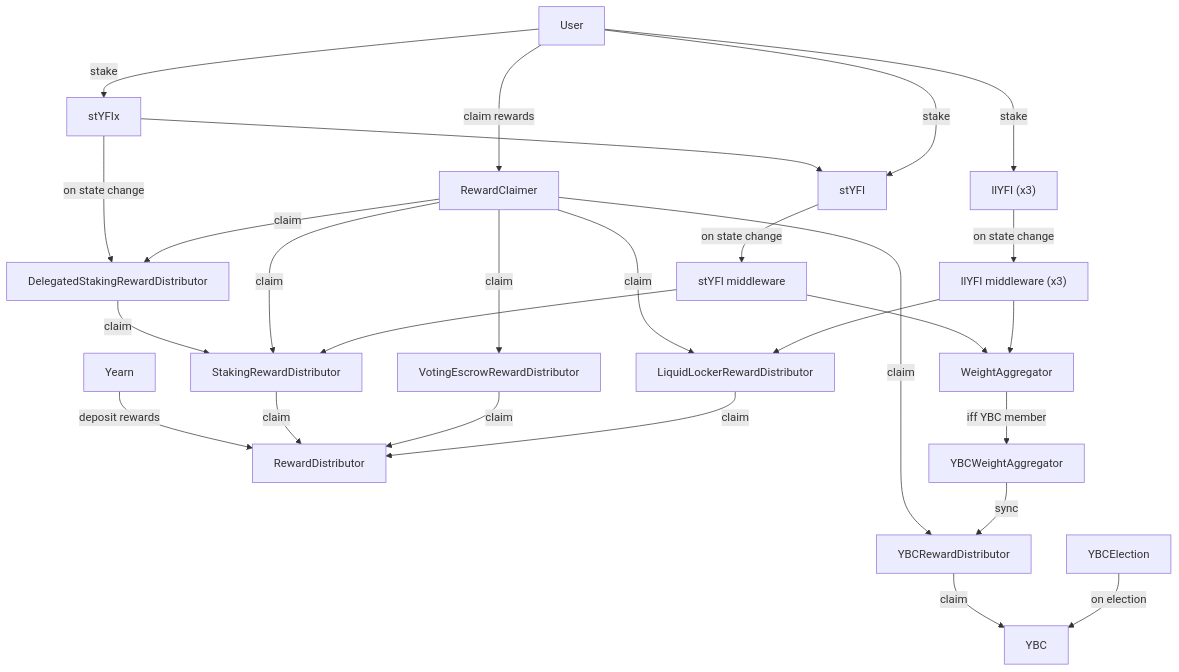
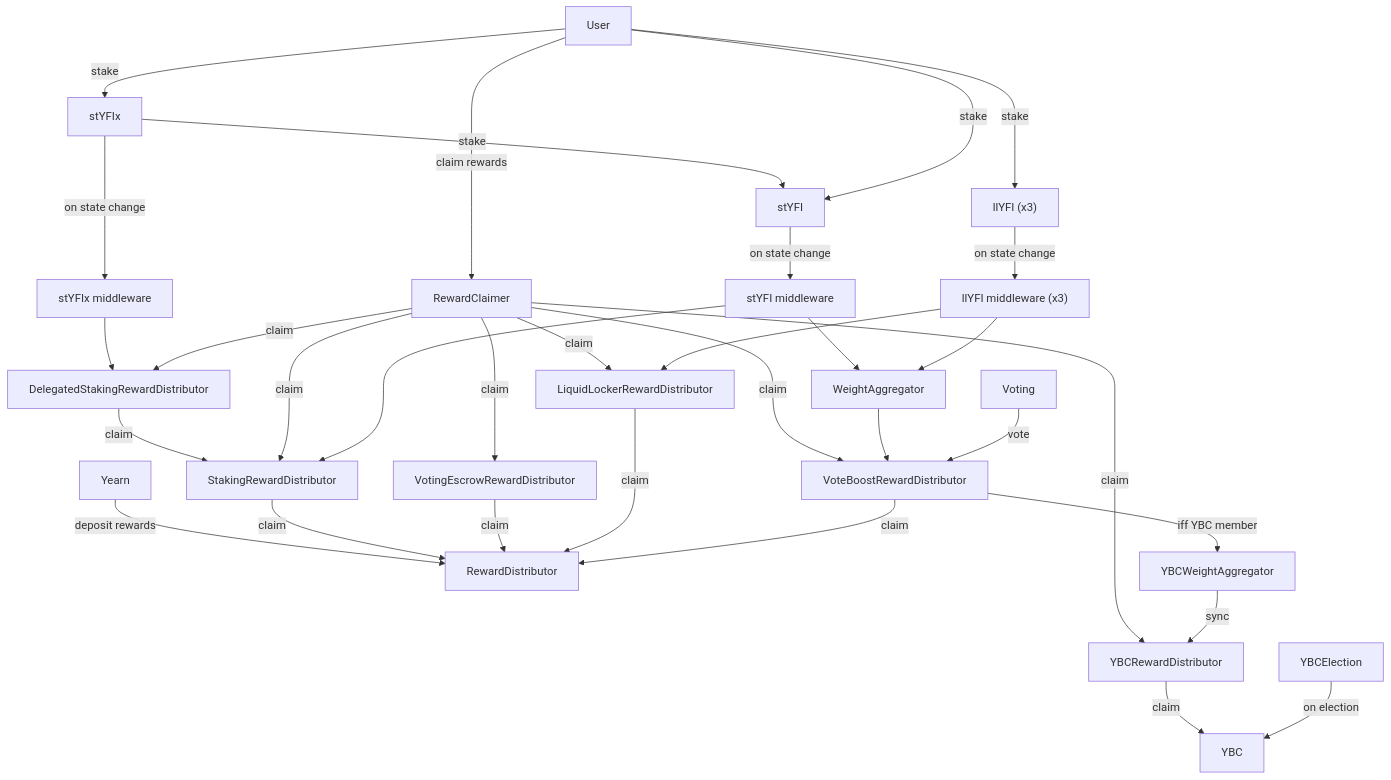
The first of 2 diagrams in README.md (yearn/stYFI), drawn with Mermaid before and after one commit. The commit also changed other lines of this file and 14 other files, not shown here.

````diff
--- a/README.md
+++ b/README.md
@@ -113,53 +140,62 @@
 ```mermaid
 flowchart TD
     U[User]
     A[RewardDistributor]
     B[StakingRewardDistributor]
     D[VotingEscrowRewardDistributor]
     C[LiquidLockerRewardDistributor]
 
     E[stYFI] --> |"on state change"| J
-    G[stYFIx] --> E
+    G[stYFIx] --> |"stake"| E
     F["llYFI (x3)"] --> |"on state change"| K
 
-    G --> |"on state change"| H[DelegatedStakingRewardDistributor]
+    G --> |"on state change"| S
+    S[stYFIx middleware] --> H[DelegatedStakingRewardDistributor]
     H --> |"claim"| B
 
     Y[Yearn] --> |"deposit rewards"|A
 
     B --> |"claim"| A
     D --> |"claim"| A
     C --> |"claim"| A
 
     I["RewardClaimer"]
     I --> |"claim"| B
     I --> |"claim"| D
     I --> |"claim"| C
     I --> |"claim"| H
     I --> |"claim"| N
+    I --> |"claim"| Q
     U --> |"claim rewards"| I
 
     U --> |"stake"| E
     U --> |"stake"| G
     U --> |"stake"| F
 
     J[stYFI middleware]
     J --> B
     J --> L
 
     K["llYFI middleware (x3)"]
     K --> C
     K --> L
 
     L[WeightAggregator]
     M[YBCWeightAggregator]
-    L --> |"iff YBC member"| M
+    L --> Q
+    Q --> |"iff YBC member"| M
 
     N[YBCRewardDistributor]
-    M --> |sync| N
-    N --> |claim| P
+    M --> |"sync"| N
+    N --> |"claim"| P
 
     P[YBC]
     O[YBCElection]
     O --> |"on election"| P
+
+    Q[VoteBoostRewardDistributor]
+    Q --> |"claim"| A
+
+    R[Voting]
+    R --> |"vote"| Q
 ```
````
